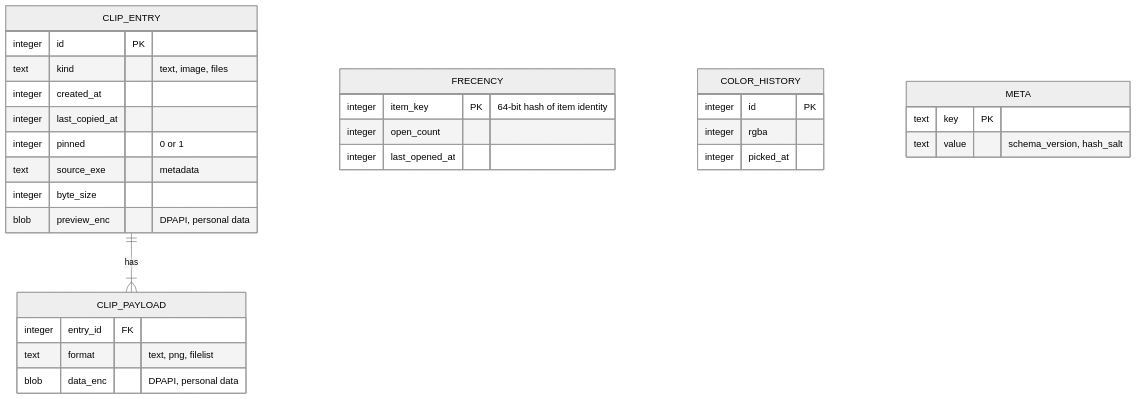
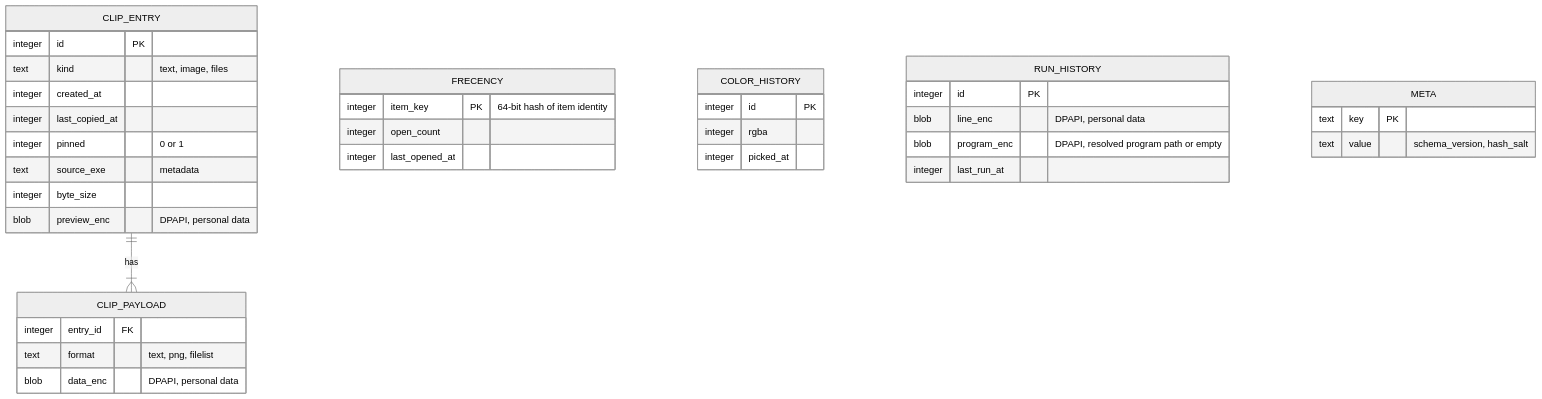
One commit to mrraihan29/naobi-command changed the third of 10 diagrams in docs/design/REPORT.md. Above: the diagram before and after it, drawn with Mermaid (neutral theme). The commit also changed other lines of this file and 40 other files, not shown here.

First line of the commit message:
feat(core,launcher,win32,app,ui): `>` runs a typed command line in a PowerShell console and lists the run history; module commands are found by name [NCMD-30..36]

````diff
--- a/docs/design/REPORT.md
+++ b/docs/design/REPORT.md
@@ -383,33 +396,39 @@
 ```mermaid
 erDiagram
   CLIP_ENTRY ||--|{ CLIP_PAYLOAD : has
   CLIP_ENTRY {
     integer id PK
     text kind "text, image, files"
     integer created_at
     integer last_copied_at
     integer pinned "0 or 1"
     text source_exe "metadata"
     integer byte_size
     blob preview_enc "DPAPI, personal data"
   }
   CLIP_PAYLOAD {
     integer entry_id FK
     text format "text, png, filelist"
     blob data_enc "DPAPI, personal data"
   }
   FRECENCY {
     integer item_key PK "64-bit hash of item identity"
     integer open_count
     integer last_opened_at
   }
   COLOR_HISTORY {
     integer id PK
     integer rgba
     integer picked_at
   }
+  RUN_HISTORY {
+    integer id PK
+    blob line_enc "DPAPI, personal data"
+    blob program_enc "DPAPI, resolved program path or empty"
+    integer last_run_at
+  }
   META {
     text key PK
     text value "schema_version, hash_salt"
   }
 ```
````
